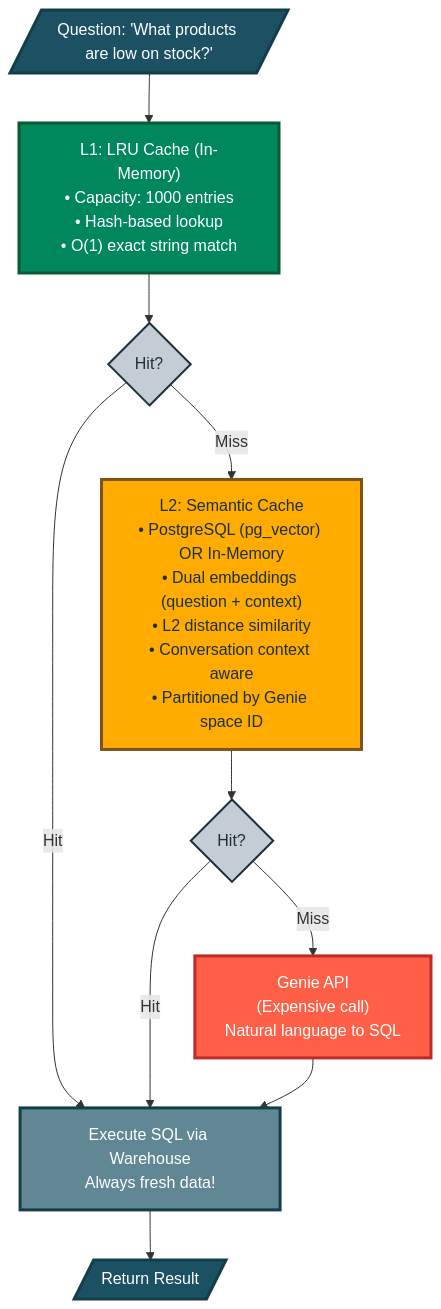
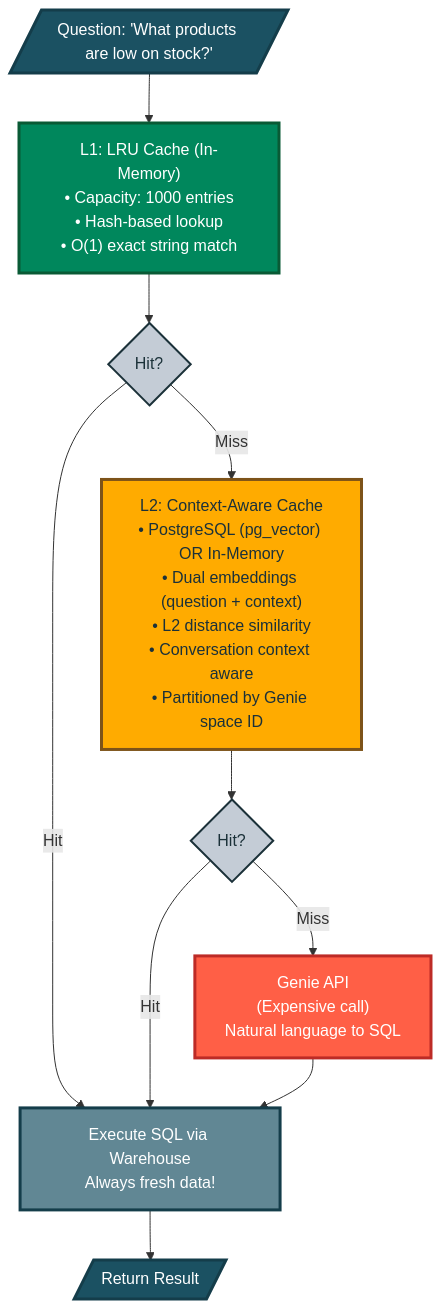
Before and after one commit to natefleming/retail-ai: the first of 2 diagrams in docs/key-capabilities.md, drawn with Mermaid. The commit also changed other lines of this file and 25 other files, not shown here.

Commit message:
refactor semantic cache config model

````diff
--- a/docs/key-capabilities.md
+++ b/docs/key-capabilities.md
@@ -211,37 +211,37 @@
 ```mermaid
 graph TB
     question[/"Question: 'What products are low on stock?'"/]
     
     l1_cache["L1: LRU Cache (In-Memory)<br/>• Capacity: 1000 entries<br/>• Hash-based lookup<br/>• O(1) exact string match"]
     l1_hit{Hit?}
     
-    l2_cache["L2: Semantic Cache<br/>• PostgreSQL (pg_vector) OR In-Memory<br/>• Dual embeddings (question + context)<br/>• L2 distance similarity<br/>• Conversation context aware<br/>• Partitioned by Genie space ID"]
+    l2_cache["L2: Context-Aware Cache<br/>• PostgreSQL (pg_vector) OR In-Memory<br/>• Dual embeddings (question + context)<br/>• L2 distance similarity<br/>• Conversation context aware<br/>• Partitioned by Genie space ID"]
     l2_hit{Hit?}
     
     genie["Genie API<br/>(Expensive call)<br/>Natural language to SQL"]
     
     execute["Execute SQL via Warehouse<br/>Always fresh data!"]
     
     result[/"Return Result"/]
     
     question --> l1_cache
     l1_cache --> l1_hit
     l1_hit -->|Hit| execute
     l1_hit -->|Miss| l2_cache
     
     l2_cache --> l2_hit
     l2_hit -->|Hit| execute
     l2_hit -->|Miss| genie
     
     genie --> execute
     execute --> result
     
     style question fill:#1B5162,stroke:#143D4A,stroke-width:3px,color:#fff
     style l1_cache fill:#00875C,stroke:#095A35,stroke-width:3px,color:#fff
     style l2_cache fill:#FFAB00,stroke:#7D5319,stroke-width:3px,color:#1B3139
     style genie fill:#FF5F46,stroke:#BD2B26,stroke-width:3px,color:#fff
     style execute fill:#618794,stroke:#143D4A,stroke-width:3px,color:#fff
     style result fill:#1B5162,stroke:#143D4A,stroke-width:3px,color:#fff
     style l1_hit fill:#C4CCD6,stroke:#1B3139,stroke-width:2px,color:#1B3139
     style l2_hit fill:#C4CCD6,stroke:#1B3139,stroke-width:2px,color:#1B3139
 ```
````
